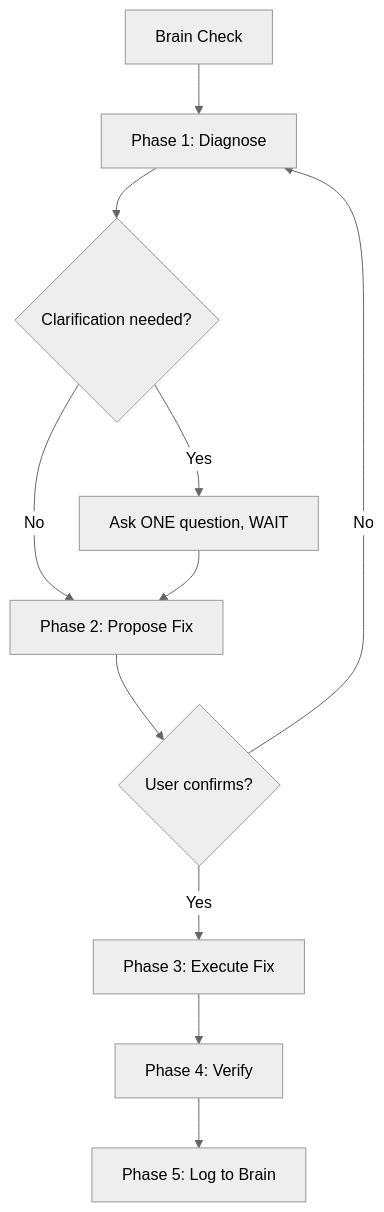
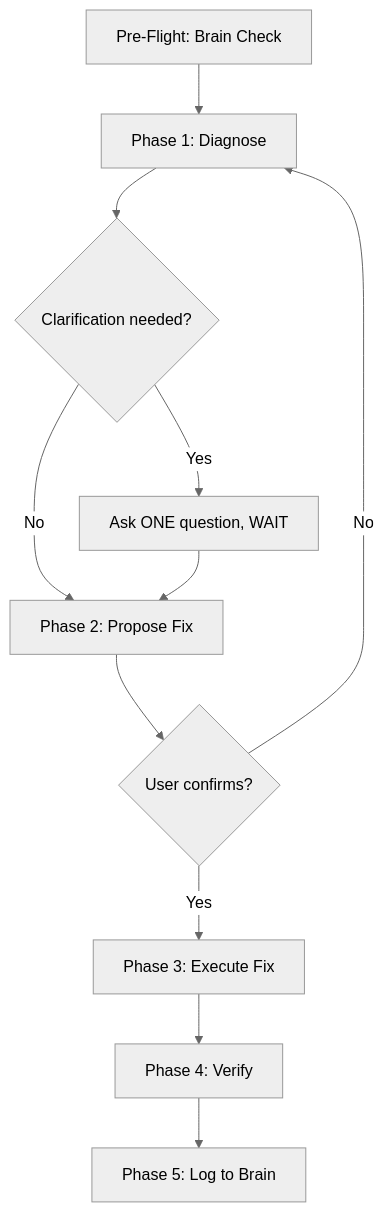
Before and after one commit to arorajay52/ThinkTank-Antigravity-CLI-Context-Execution-based-Skill: the diagram in thinktank-debug/SKILL.md, drawn with Mermaid (neutral theme). The commit also changed other lines of this file and 5 other files, not shown here.

````diff
--- a/thinktank-debug/SKILL.md
+++ b/thinktank-debug/SKILL.md
@@ -55,13 +55,13 @@
 ```mermaid
 graph TD
-    BC[Brain Check] --> A[Phase 1: Diagnose]
+    BC[Pre-Flight: Brain Check] --> A[Phase 1: Diagnose]
     A --> Q1{Clarification needed?}
     Q1 -->|Yes| W1[Ask ONE question, WAIT]
     Q1 -->|No| B[Phase 2: Propose Fix]
     W1 --> B
     B --> Q2{User confirms?}
     Q2 -->|Yes| C[Phase 3: Execute Fix]
     Q2 -->|No| A
     C --> D[Phase 4: Verify]
     D --> E[Phase 5: Log to Brain]
 ```
````
